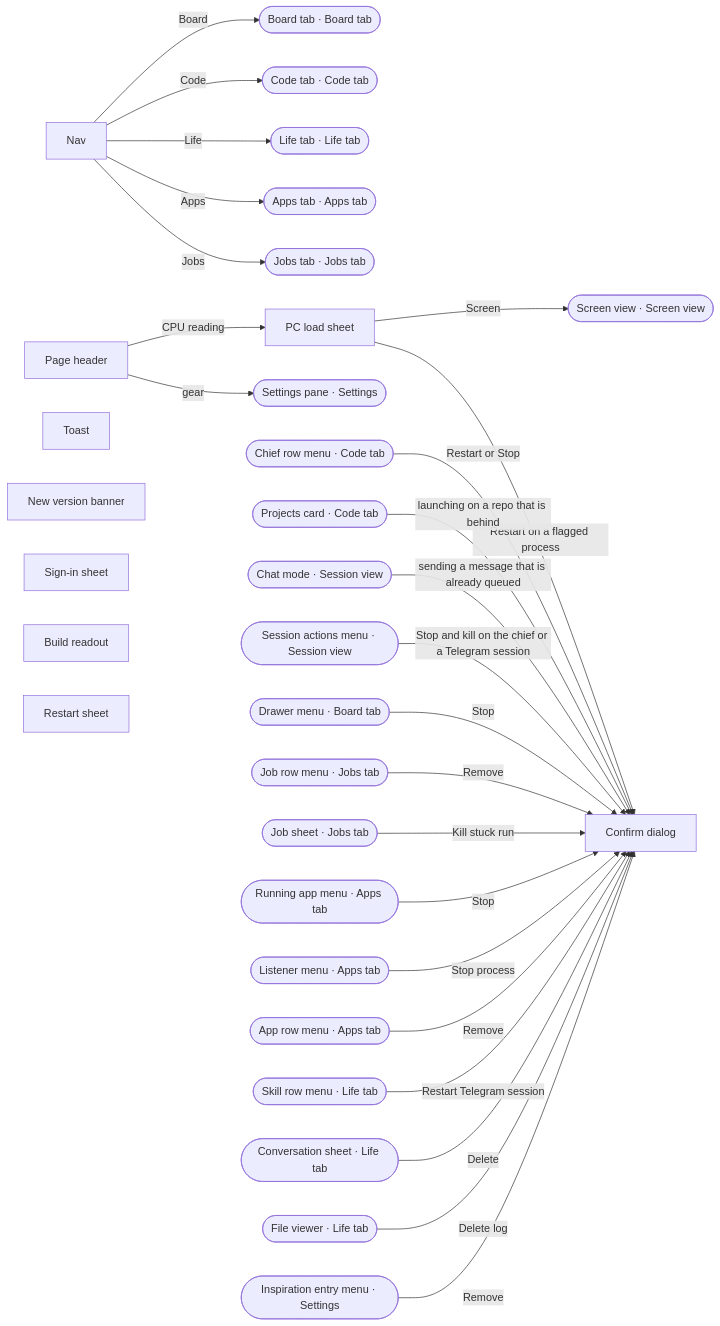
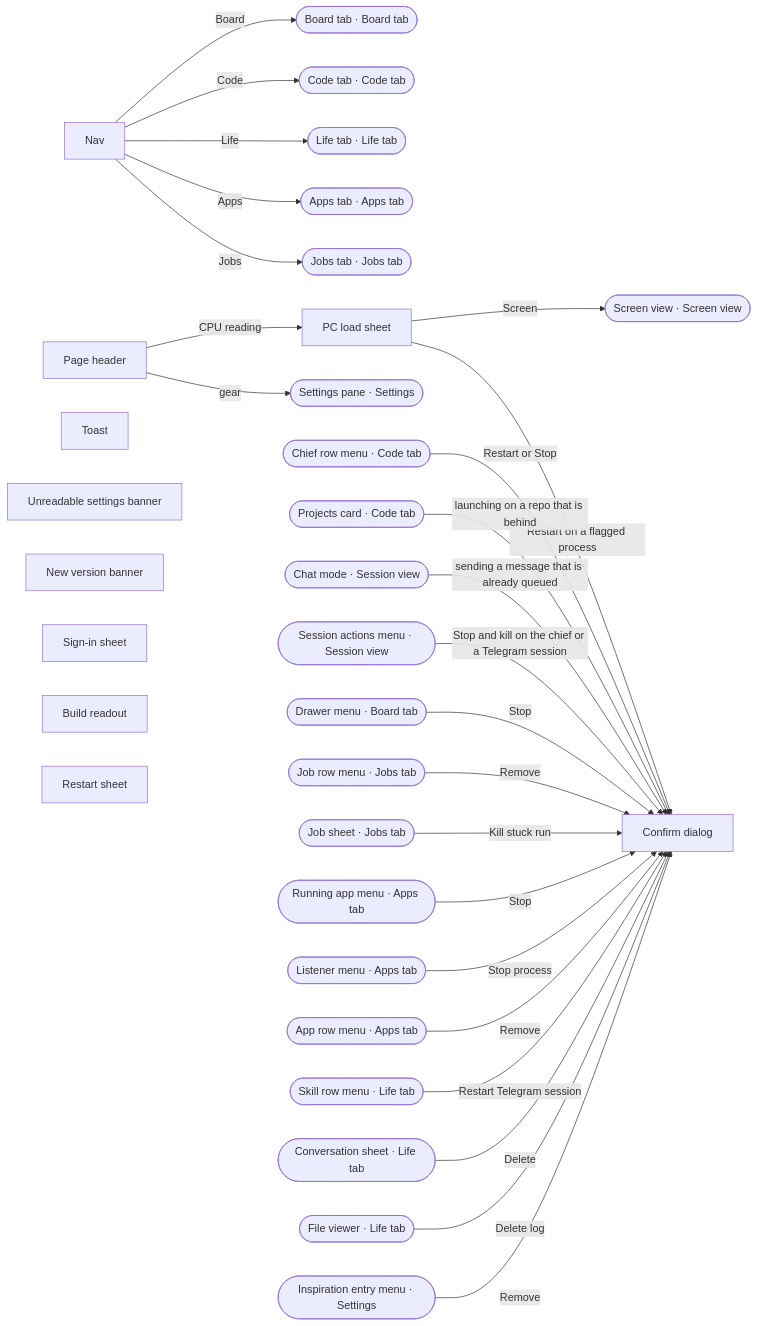
The first of 10 diagrams in docs/ux-surface-map.md (ferraroroberto/app-launcher), drawn with Mermaid before and after one commit. The commit also changed other lines of this file and 13 other files, not shown here.

````diff
--- a/docs/ux-surface-map.md
+++ b/docs/ux-surface-map.md
@@ -52,56 +52,57 @@
 ```mermaid
 flowchart LR
   s0["Nav"]
   s1["Page header"]
   s2["PC load sheet"]
   s3["Confirm dialog"]
   s4["Toast"]
-  s5["New version banner"]
-  s6["Sign-in sheet"]
-  s7["Build readout"]
-  s8["Restart sheet"]
-  s49(["Board tab · Board tab"])
-  s9(["Code tab · Code tab"])
-  s91(["Life tab · Life tab"])
-  s78(["Apps tab · Apps tab"])
-  s67(["Jobs tab · Jobs tab"])
-  s105(["Settings pane · Settings"])
-  s44(["Screen view · Screen view"])
-  s16(["Chief row menu · Code tab"])
-  s18(["Projects card · Code tab"])
-  s28(["Chat mode · Session view"])
-  s29(["Session actions menu · Session view"])
-  s66(["Drawer menu · Board tab"])
-  s73(["Job row menu · Jobs tab"])
-  s75(["Job sheet · Jobs tab"])
-  s80(["Running app menu · Apps tab"])
-  s83(["Listener menu · Apps tab"])
-  s85(["App row menu · Apps tab"])
-  s94(["Skill row menu · Life tab"])
-  s98(["Conversation sheet · Life tab"])
-  s103(["File viewer · Life tab"])
-  s118(["Inspiration entry menu · Settings"])
-  s0 -->|"Board"| s49
-  s0 -->|"Code"| s9
-  s0 -->|"Life"| s91
-  s0 -->|"Apps"| s78
-  s0 -->|"Jobs"| s67
+  s5["Unreadable settings banner"]
+  s6["New version banner"]
+  s7["Sign-in sheet"]
+  s8["Build readout"]
+  s9["Restart sheet"]
+  s50(["Board tab · Board tab"])
+  s10(["Code tab · Code tab"])
+  s92(["Life tab · Life tab"])
+  s79(["Apps tab · Apps tab"])
+  s68(["Jobs tab · Jobs tab"])
+  s106(["Settings pane · Settings"])
+  s45(["Screen view · Screen view"])
+  s17(["Chief row menu · Code tab"])
+  s19(["Projects card · Code tab"])
+  s29(["Chat mode · Session view"])
+  s30(["Session actions menu · Session view"])
+  s67(["Drawer menu · Board tab"])
+  s74(["Job row menu · Jobs tab"])
+  s76(["Job sheet · Jobs tab"])
+  s81(["Running app menu · Apps tab"])
+  s84(["Listener menu · Apps tab"])
+  s86(["App row menu · Apps tab"])
+  s95(["Skill row menu · Life tab"])
+  s99(["Conversation sheet · Life tab"])
+  s104(["File viewer · Life tab"])
+  s119(["Inspiration entry menu · Settings"])
+  s0 -->|"Board"| s50
+  s0 -->|"Code"| s10
+  s0 -->|"Life"| s92
+  s0 -->|"Apps"| s79
+  s0 -->|"Jobs"| s68
   s1 -->|"CPU reading"| s2
-  s1 -->|"gear"| s105
-  s2 -->|"Screen"| s44
+  s1 -->|"gear"| s106
+  s2 -->|"Screen"| s45
   s2 -->|"Restart on a flagged process"| s3
-  s16 -->|"Restart or Stop"| s3
-  s18 -->|"launching on a repo that is behind"| s3
-  s28 -->|"sending a message that is already queued"| s3
-  s29 -->|"Stop and kill on the chief or a Telegram session"| s3
-  s66 -->|"Stop"| s3
-  s73 -->|"Remove"| s3
-  s75 -->|"Kill stuck run"| s3
-  s80 -->|"Stop"| s3
-  s83 -->|"Stop process"| s3
-  s85 -->|"Remove"| s3
-  s94 -->|"Restart Telegram session"| s3
-  s98 -->|"Delete"| s3
-  s103 -->|"Delete log"| s3
-  s118 -->|"Remove"| s3
+  s17 -->|"Restart or Stop"| s3
+  s19 -->|"launching on a repo that is behind"| s3
+  s29 -->|"sending a message that is already queued"| s3
+  s30 -->|"Stop and kill on the chief or a Telegram session"| s3
+  s67 -->|"Stop"| s3
+  s74 -->|"Remove"| s3
+  s76 -->|"Kill stuck run"| s3
+  s81 -->|"Stop"| s3
+  s84 -->|"Stop process"| s3
+  s86 -->|"Remove"| s3
+  s95 -->|"Restart Telegram session"| s3
+  s99 -->|"Delete"| s3
+  s104 -->|"Delete log"| s3
+  s119 -->|"Remove"| s3
 ```
````
